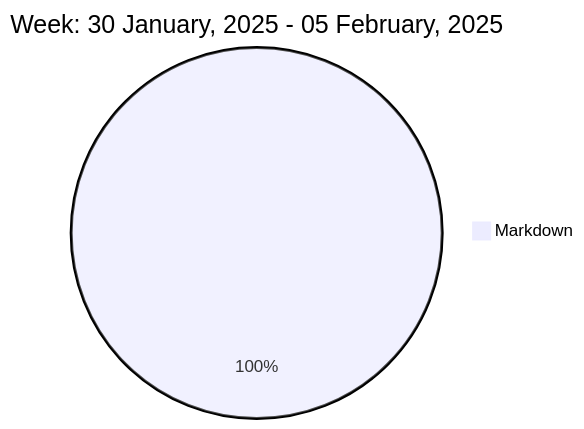
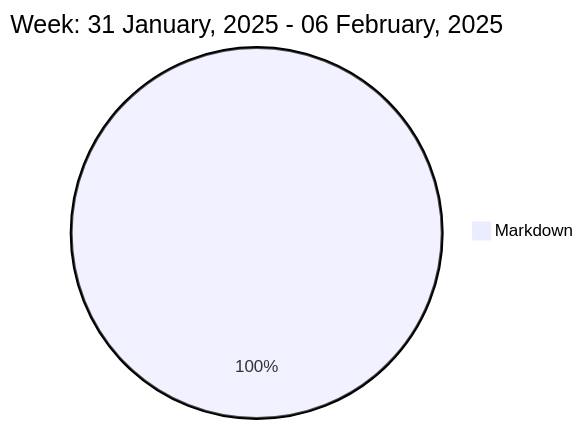
Before and after one commit to liubin95/liubin95: the diagram in README.md, drawn with Mermaid.

Commit message:
Updated the Graph with new Metrics

````diff
--- a/README.md
+++ b/README.md
@@ -37,5 +37,5 @@
 ```mermaid
  pie
-title Week: 30 January, 2025 - 05 February, 2025
- "Markdown" : 1.12
+title Week: 31 January, 2025 - 06 February, 2025
+ "Markdown" : 1.88
 ```
````
